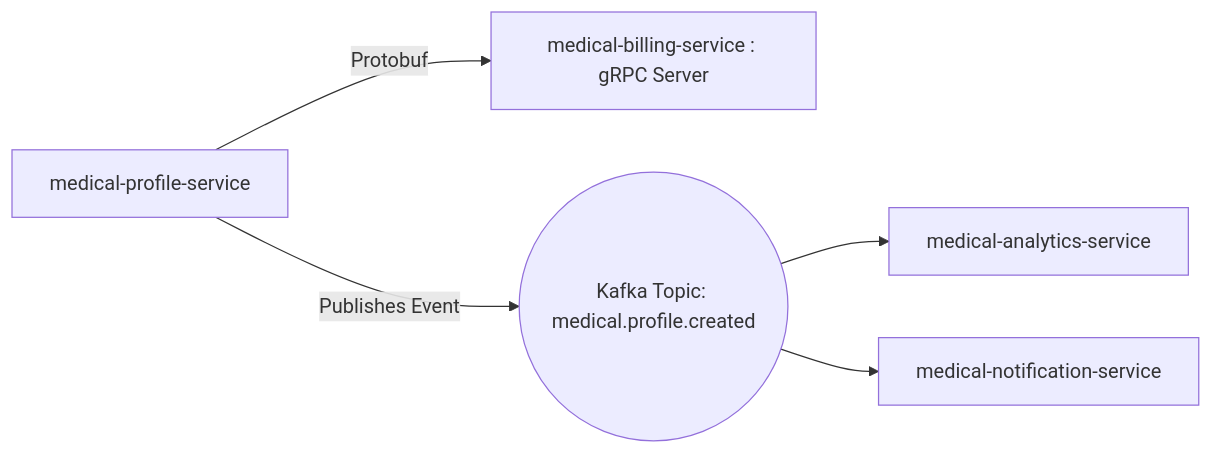
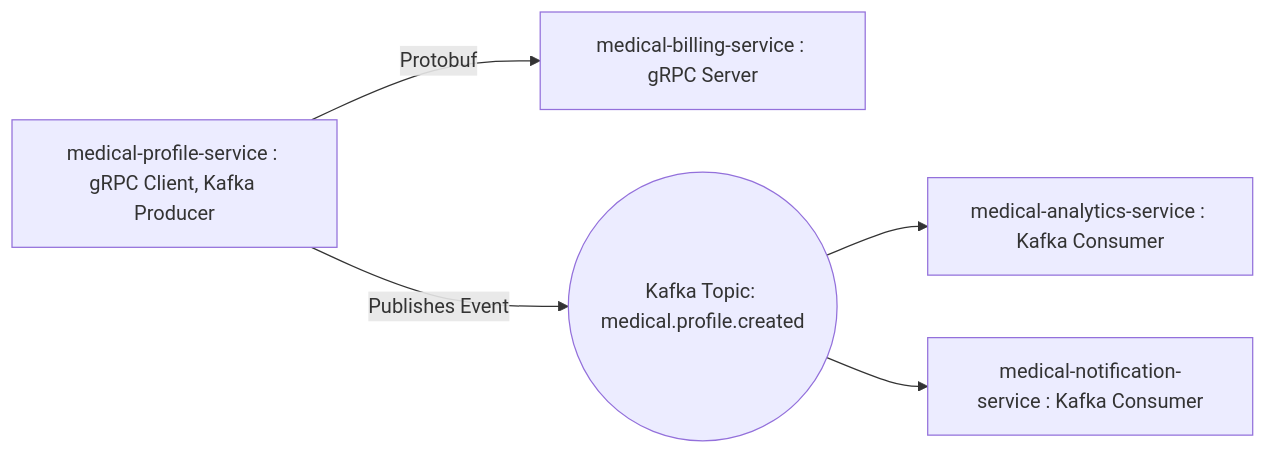
Before and after one commit to PritiAryal/MediCore: the first of 2 diagrams in README.md, drawn with Mermaid.

````diff
--- a/README.md
+++ b/README.md
@@ -362,7 +362,7 @@
 ```mermaid
 graph LR
-    A[medical-profile-service] -- Protobuf --> B[medical-billing-service : gRPC Server]
-    A[medical-profile-service] -- Publishes Event --> C((Kafka Topic: medical.profile.created))
-    C --> D[medical-analytics-service]
-    C --> E[medical-notification-service]
+    A[medical-profile-service : gRPC Client, Kafka Producer] -- Protobuf --> B[medical-billing-service : gRPC Server]
+    A -- Publishes Event --> C((Kafka Topic: medical.profile.created))
+    C --> D[medical-analytics-service : Kafka Consumer]
+    C --> E[medical-notification-service : Kafka Consumer]
 ```
````
